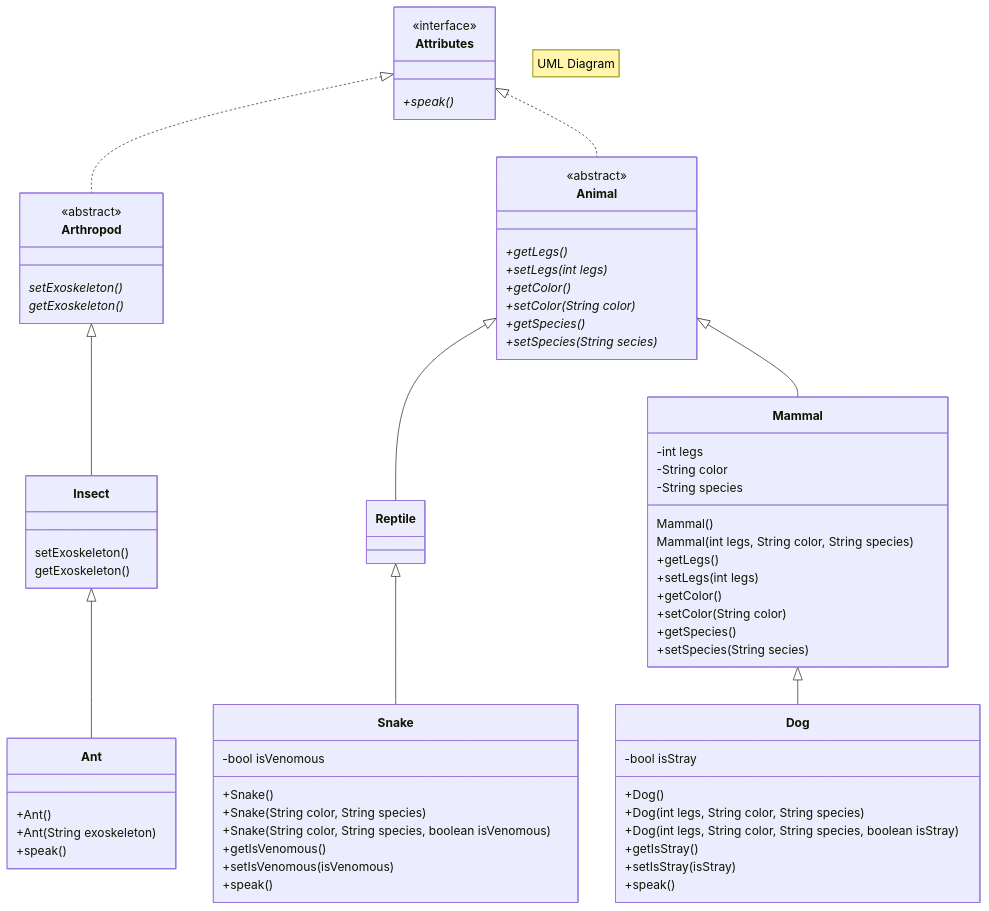
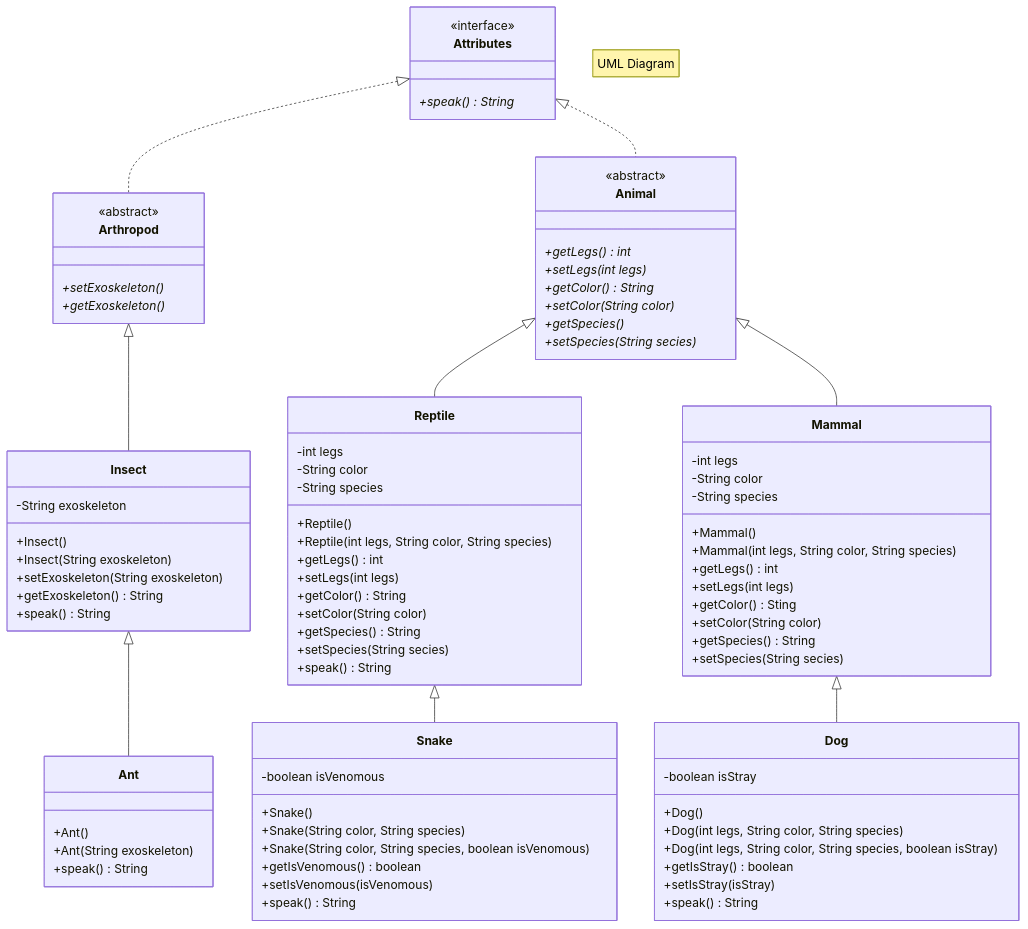
One commit to NoahSyler/JavaOOP changed the diagram in README.md. Above: the diagram before and after it, drawn with Mermaid.

Commit message:
Updating UML diagram in README.md

````diff
--- a/README.md
+++ b/README.md
@@ -14,64 +14,82 @@
     Insect <|-- Ant
 
     class Dog{
-      -bool isStray
-      +Dog()
-      +Dog(int legs, String color, String species)
-      +Dog(int legs, String color, String species, boolean isStray)
-      +getIsStray()
-      +setIsStray(isStray)
-      +speak()
+        -boolean isStray
+        +Dog()
+        +Dog(int legs, String color, String species)
+        +Dog(int legs, String color, String species, boolean isStray)
+        +getIsStray() boolean
+        +setIsStray(isStray)
+        +speak() String
     }
     class Ant{
-      +Ant()
-      +Ant(String exoskeleton)
-      +speak()
+          +Ant()
+          +Ant(String exoskeleton)
+          +speak() String
     }
 
     class Snake{
-      -bool isVenomous
-      +Snake()
-      +Snake(String color, String species)
-      +Snake(String color, String species, boolean isVenomous)
-      +getIsVenomous()
-      +setIsVenomous(isVenomous)
-      +speak()
+          -boolean isVenomous
+          +Snake()
+          +Snake(String color, String species)
+          +Snake(String color, String species, boolean isVenomous)
+          +getIsVenomous() boolean
+          +setIsVenomous(isVenomous)
+          +speak() String
     }
     class Attributes{
-      <<interface>>
-      +speak()*
+          <<interface>>
+          +speak()* String
     }
     class Animal{
-      <<abstract>>
-      +getLegs()*
-      +setLegs(int legs)*
-      +getColor()*
-      +setColor(String color)*
-      +getSpecies()*
-      +setSpecies(String secies)*
+          <<abstract>>
+          +getLegs()* int
+          +setLegs(int legs)*
+          +getColor()* String
+          +setColor(String color)*
+          +getSpecies()*
+          +setSpecies(String secies)*
     }
     class Arthropod{
-      <<abstract>>
-      setExoskeleton()*
-      getExoskeleton()*
+          <<abstract>>
+          +setExoskeleton()*
+          +getExoskeleton()*
     }
   class Insect{
-      setExoskeleton()
-      getExoskeleton()
+        -String exoskeleton
+        +Insect()
+        +Insect(String exoskeleton)
+        +setExoskeleton(String exoskeleton)
+        +getExoskeleton() String
+        +speak() String
   }
-  class Mammal{
-    -int legs
-    -String color
-    -String species
-    Mammal()
-    Mammal(int legs, String color, String species)
-    +getLegs()
-    +setLegs(int legs)
-    +getColor()
-    +setColor(String color)
-    +getSpecies()
-    +setSpecies(String secies)
-    
-  }
+    class Mammal{
+        -int legs
+        -String color
+        -String species
+        +Mammal()
+        +Mammal(int legs, String color, String species)
+        +getLegs() int
+        +setLegs(int legs)
+        +getColor() Sting
+        +setColor(String color)
+        +getSpecies() String
+        +setSpecies(String secies)
+      }
+    class Reptile{
+        -int legs
+        -String color
+        -String species
+        +Reptile()
+        +Reptile(int legs, String color, String species)
+        +getLegs() int
+        +setLegs(int legs)
+        +getColor() String
+        +setColor(String color)
+        +getSpecies() String
+        +setSpecies(String secies)
+        +speak() String
+        
+    }
 
 ```
````
